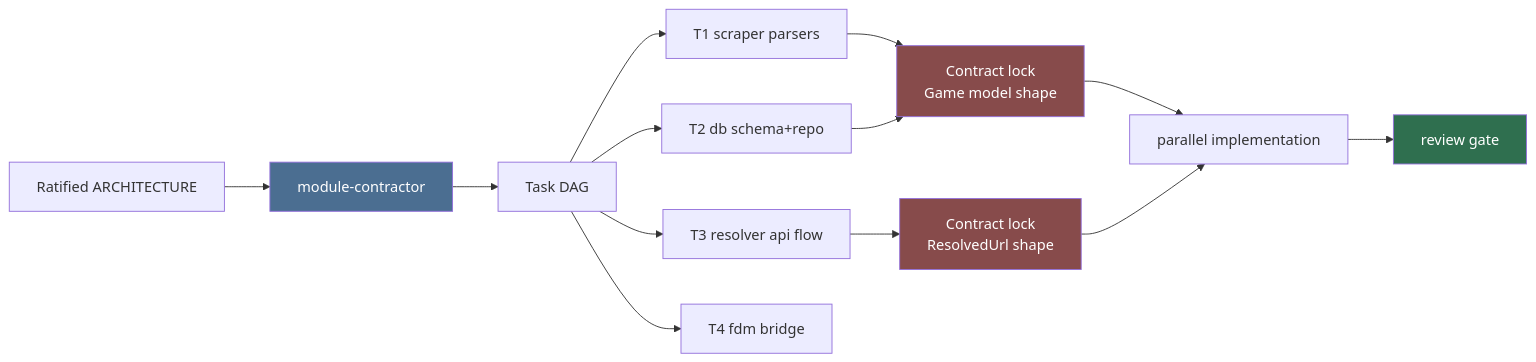
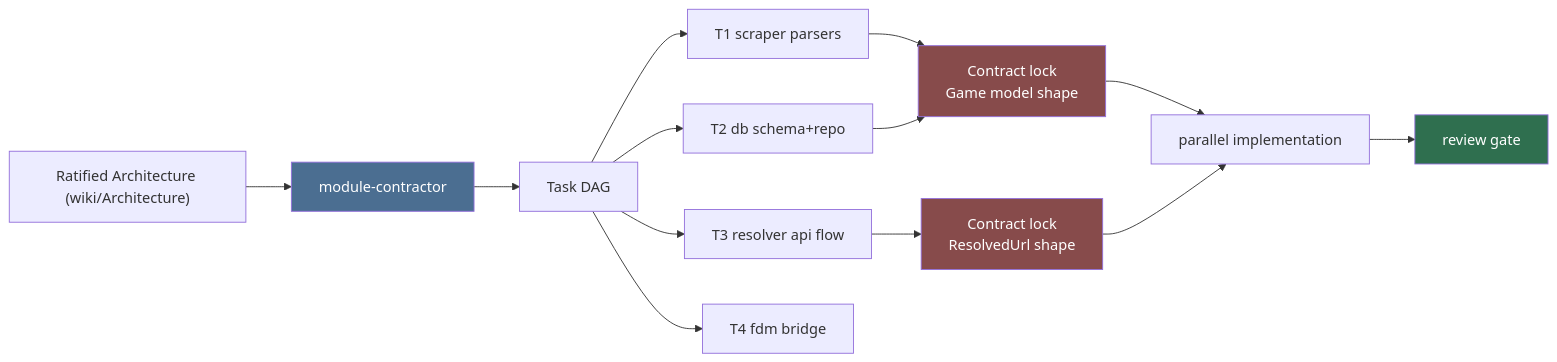
The diagram in .agents/agents/architect/module-contractor/module-contractor.md (HELIX-Origin/LewdZone-Launcher), drawn with Mermaid before and after one commit. The commit also changed other lines of this file and 217 other files, not shown here.

````diff
--- a/.agents/agents/architect/module-contractor/module-contractor.md
+++ b/.agents/agents/architect/module-contractor/module-contractor.md
@@ -27,20 +27,20 @@
 ```mermaid
 flowchart LR
-    A[Ratified ARCHITECTURE] --> B[module-contractor]
+    A["Ratified Architecture (wiki/Architecture)"] --> B[module-contractor]
     B --> C[Task DAG]
     C --> D[T1 scraper parsers]
     C --> E[T2 db schema+repo]
     C --> F[T3 resolver api flow]
     C --> G[T4 fdm bridge]
     D --> H["Contract lock<br/>Game model shape"]
     E --> H
     F --> I["Contract lock<br/>ResolvedUrl shape"]
     H --> J[parallel implementation]
     I --> J
     J --> K[review gate]
 
     style B fill:#4b6e91,color:#fff
     style H fill:#874b4b,color:#fff
     style I fill:#874b4b,color:#fff
     style K fill:#2f6f4f,color:#fff
 ```
````
